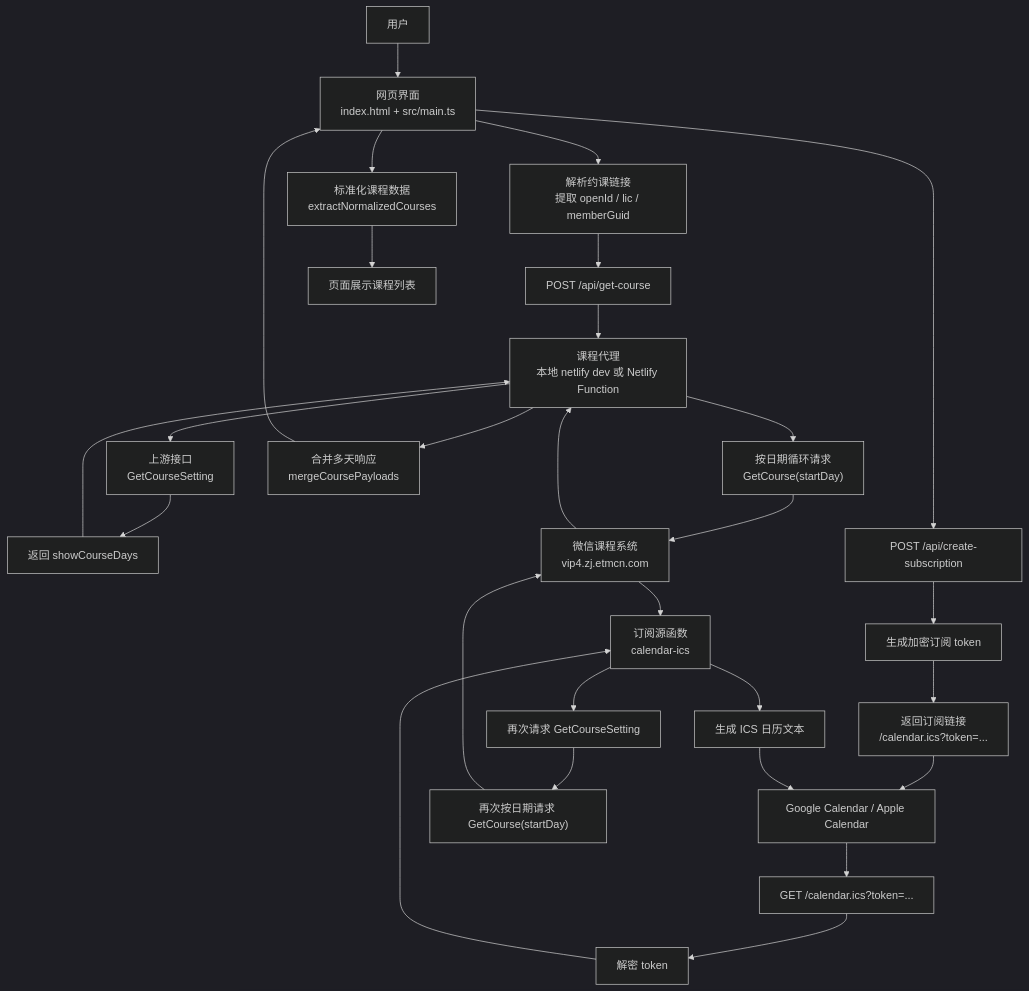
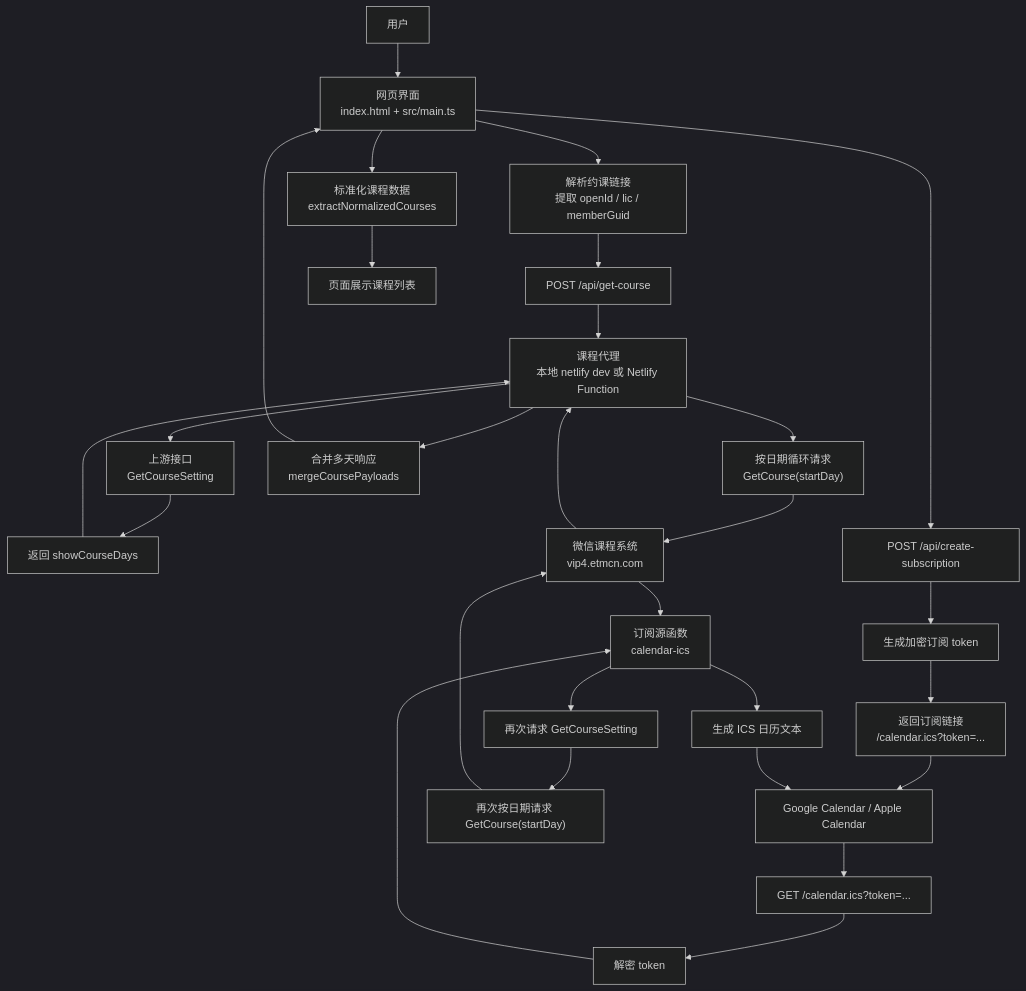
One commit to Himoryzhang/miley-club-calendar-subscription changed the first of 2 diagrams in docs/architecture.md. Above: the diagram before and after it, drawn with Mermaid (dark theme). The commit also changed other lines of this file and 4 other files, not shown here.

````diff
--- a/docs/architecture.md
+++ b/docs/architecture.md
@@ -7,35 +7,35 @@
 ```mermaid
 
 flowchart TD
     U["用户"] --> P["网页界面<br/>index.html + src/main.ts"]
     P --> A["解析约课链接<br/>提取 openId / lic / memberGuid"]
     A --> B["POST /api/get-course"]
 
     B --> G["课程代理<br/>本地 netlify dev 或 Netlify Function"]
     G --> S["上游接口<br/>GetCourseSetting"]
     S --> D["返回 showCourseDays"]
     D --> G
     G --> C["按日期循环请求<br/>GetCourse(startDay)"]
-    C --> W["微信课程系统<br/>vip4.zj.etmcn.com"]
+    C --> W["微信课程系统<br/>vip4.etmcn.com"]
     W --> G
     G --> M["合并多天响应<br/>mergeCoursePayloads"]
     M --> P
 
     P --> N["标准化课程数据<br/>extractNormalizedCourses"]
     N --> R["页面展示课程列表"]
 
     P --> CS["POST /api/create-subscription"]
     CS --> T["生成加密订阅 token"]
     T --> SU["返回订阅链接<br/>/calendar.ics?token=..."]
     SU --> CA["Google Calendar / Apple Calendar"]
 
     CA --> ICS["GET /calendar.ics?token=..."]
     ICS --> K["解密 token"]
     K --> G2["订阅源函数<br/>calendar-ics"]
     G2 --> S2["再次请求 GetCourseSetting"]
     S2 --> C2["再次按日期请求 GetCourse(startDay)"]
     C2 --> W
     W --> G2
     G2 --> I["生成 ICS 日历文本"]
     I --> CA
 ```
````
